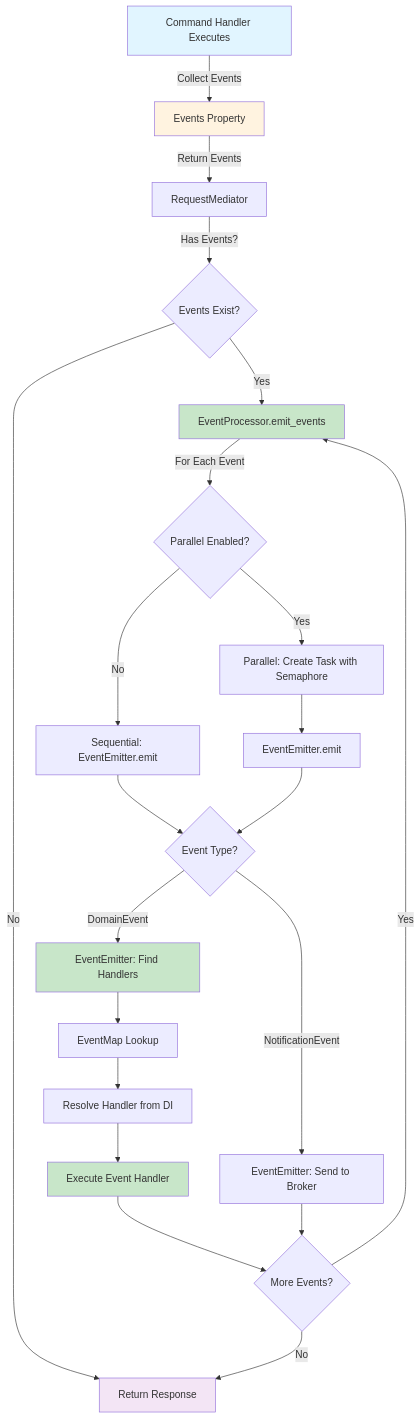
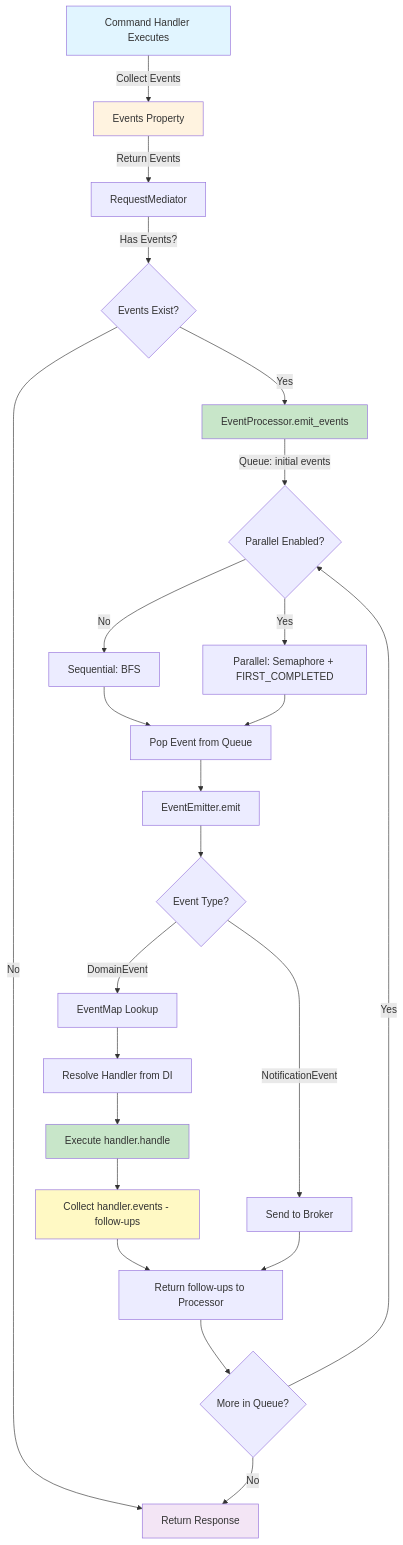
Before and after one commit to vadikko2/python-cqrs-mkdocs: the second of 3 diagrams in docs/event_handler/event_flow.md, drawn with Mermaid. The commit also changed other lines of this file and 7 other files, not shown here.

````diff
--- a/docs/event_handler/event_flow.md
+++ b/docs/event_handler/event_flow.md
@@ -57,37 +62,40 @@
 ```mermaid
 graph TD
     A[Command Handler Executes] -->|Collect Events| B[Events Property]
     B -->|Return Events| C[RequestMediator]
     C -->|Has Events?| D{Events Exist?}
     
     D -->|No| E[Return Response]
     D -->|Yes| F[EventProcessor.emit_events]
     
-    F -->|For Each Event| G{Parallel Enabled?}
+    F -->|Queue: initial events| G{Parallel Enabled?}
     
-    G -->|No| H[Sequential: EventEmitter.emit]
-    G -->|Yes| I[Parallel: Create Task with Semaphore]
-    I --> J[EventEmitter.emit]
+    G -->|No| H[Sequential: BFS]
+    G -->|Yes| I[Parallel: Semaphore + FIRST_COMPLETED]
     
-    H --> K{Event Type?}
-    J --> K
+    H --> J[Pop Event from Queue]
+    I --> J
     
-    K -->|DomainEvent| L[EventEmitter: Find Handlers]
-    K -->|NotificationEvent| M[EventEmitter: Send to Broker]
+    J --> K[EventEmitter.emit]
+    K --> L{Event Type?}
     
-    L --> N[EventMap Lookup]
-    N --> O[Resolve Handler from DI]
-    O --> P[Execute Event Handler]
-    P --> Q{More Events?}
+    L -->|DomainEvent| M[EventMap Lookup]
+    L -->|NotificationEvent| N[Send to Broker]
     
-    M --> Q
-    Q -->|Yes| F
-    Q -->|No| E
+    M --> O[Resolve Handler from DI]
+    O --> P[Execute handler.handle]
+    P --> Q[Collect handler.events - follow-ups]
+    Q --> R[Return follow-ups to Processor]
+    
+    N --> R
+    R --> S{More in Queue?}
+    S -->|Yes| G
+    S -->|No| E
     
     style A fill:#e1f5ff
     style B fill:#fff3e0
     style F fill:#c8e6c9
-    style L fill:#c8e6c9
     style P fill:#c8e6c9
+    style Q fill:#fff9c4
     style E fill:#f3e5f5
 ```
````
